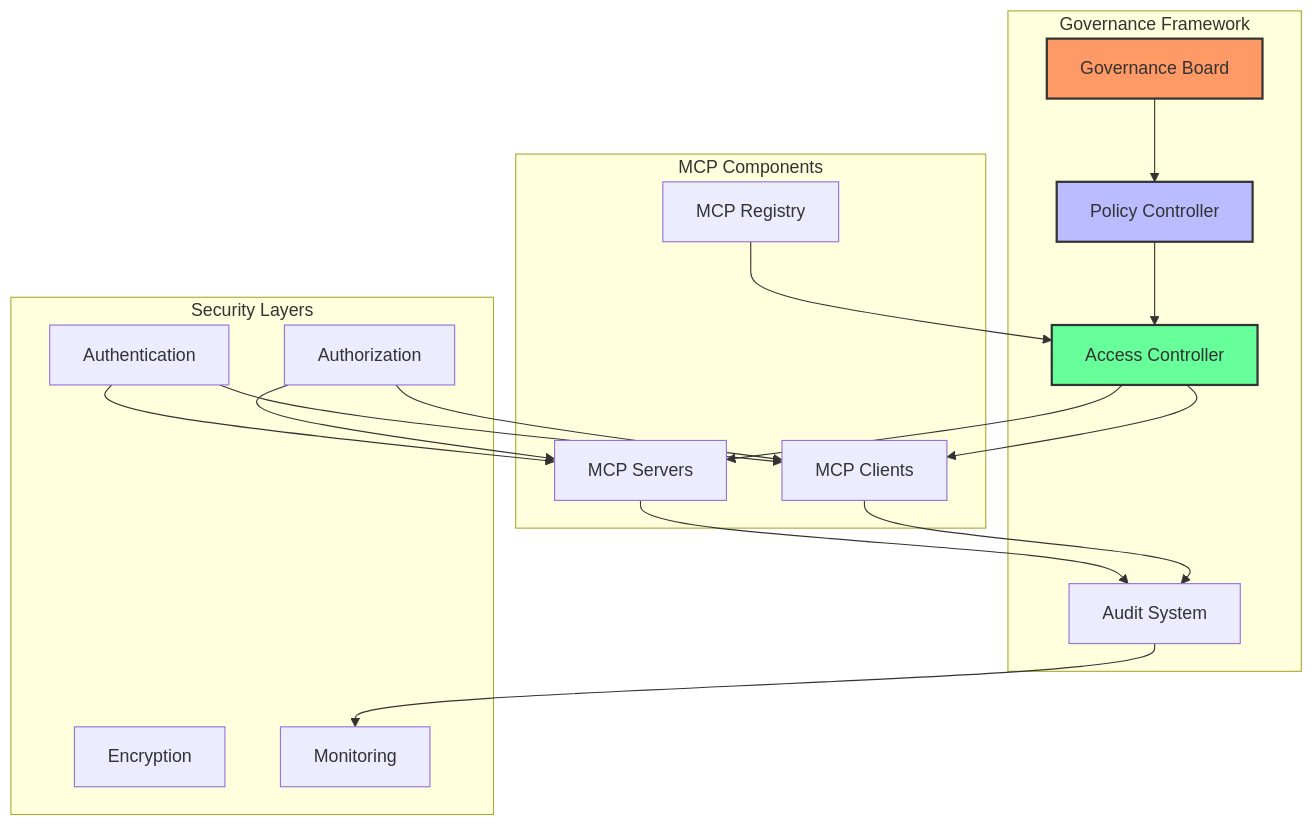
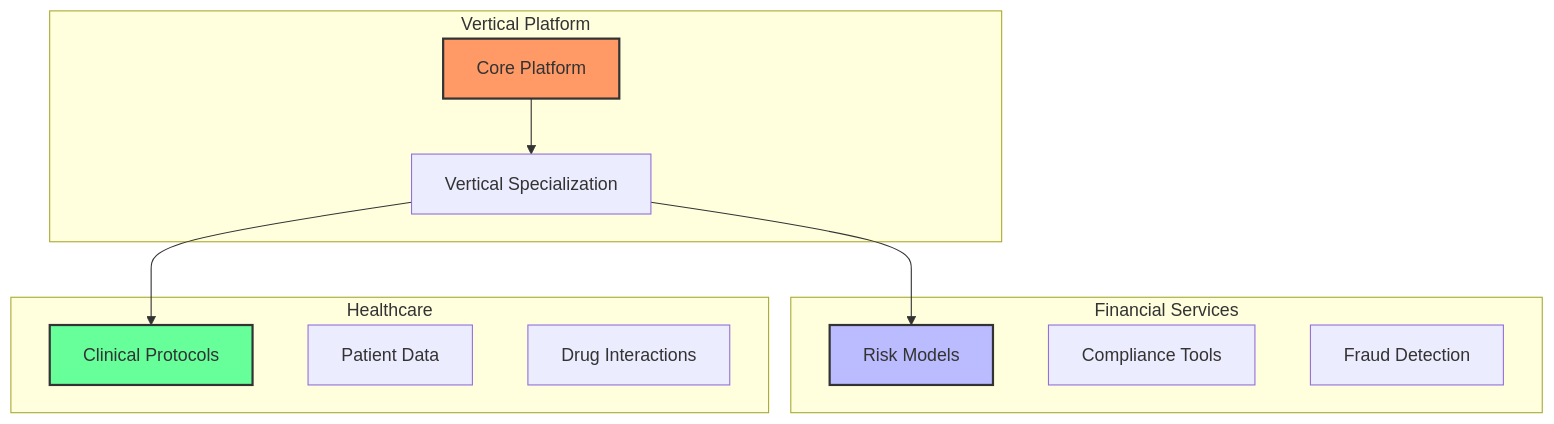
One commit to felipepimentel/my-public-notes changed the fifth of 17 diagrams in docs/AI/Comunicação/MCP/16-mcp-analise preditiva.md. Above: the diagram before and after it, drawn with Mermaid. The commit also changed other lines of this file and 11 other files, not shown here.

````diff
--- a/docs/AI/Comunicação/MCP/16-mcp-analise preditiva.md
+++ b/docs/AI/Comunicação/MCP/16-mcp-analise preditiva.md
@@ -157,42 +276,27 @@
 ```mermaid
 graph TD
-    subgraph "Governance Framework"
-        GF[Governance Board]
-        PC[Policy Controller]
-        AC[Access Controller]
-        AU[Audit System]
+    subgraph "Vertical Platform"
+        VP[Core Platform]
+        VS[Vertical Specialization]
     end
     
-    subgraph "Security Layers"
-        AUTH[Authentication]
-        AUTHZ[Authorization]
-        ENC[Encryption]
-        MON[Monitoring]
+    subgraph "Financial Services"
+        FS1[Risk Models]
+        FS2[Compliance Tools]
+        FS3[Fraud Detection]
     end
     
-    subgraph "MCP Components"
-        MS[MCP Servers]
-        MC[MCP Clients]
-        MR[MCP Registry]
+    subgraph "Healthcare"
+        HC1[Clinical Protocols]
+        HC2[Patient Data]
+        HC3[Drug Interactions]
     end
     
-    GF --> PC
-    PC --> AC
-    AC --> MS
-    AC --> MC
+    VP --> VS
+    VS --> FS1
+    VS --> HC1
     
-    AUTH --> MS
-    AUTH --> MC
-    AUTHZ --> MS
-    AUTHZ --> MC
-    
-    MS --> AU
-    MC --> AU
-    AU --> MON
-    
-    MR --> AC
-    
-    style GF fill:#f96,stroke:#333,stroke-width:2px
-    style PC fill:#bbf,stroke:#333,stroke-width:2px
-    style AC fill:#6f9,stroke:#333,stroke-width:2px
+    style VP fill:#f96,stroke:#333,stroke-width:2px
+    style FS1 fill:#bbf,stroke:#333,stroke-width:2px
+    style HC1 fill:#6f9,stroke:#333,stroke-width:2px
 ```
````
